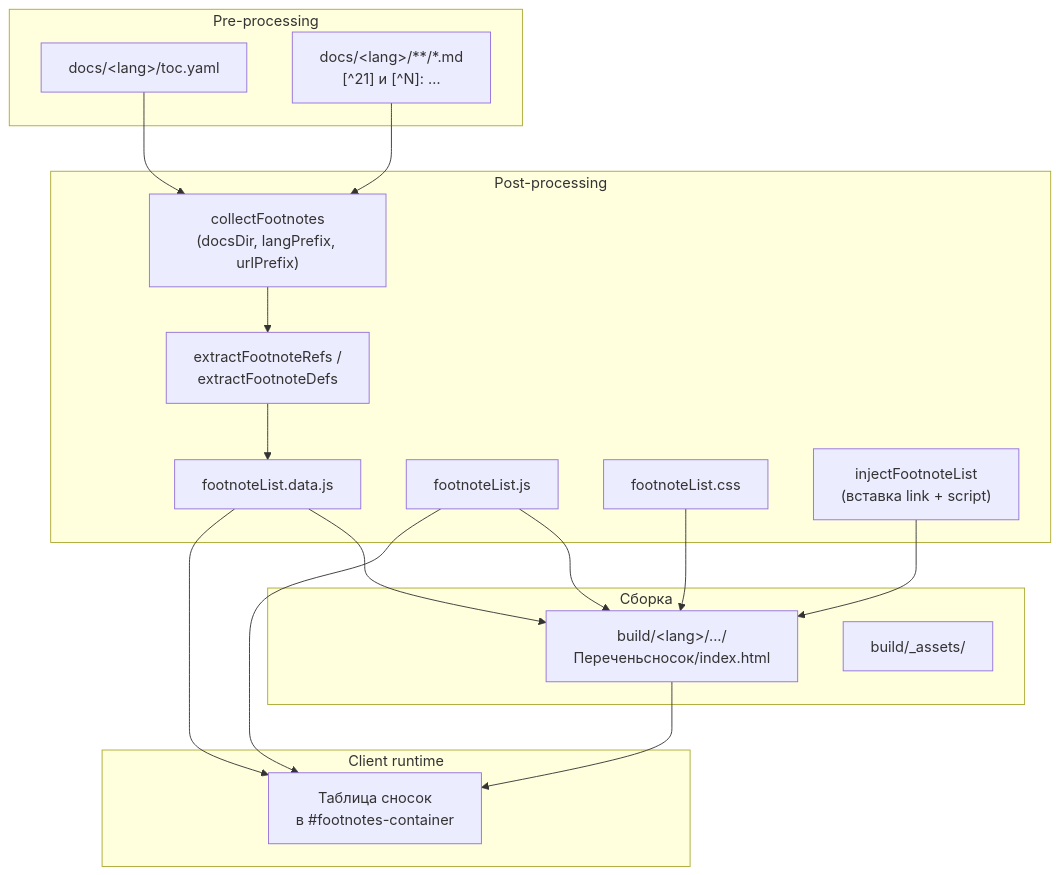
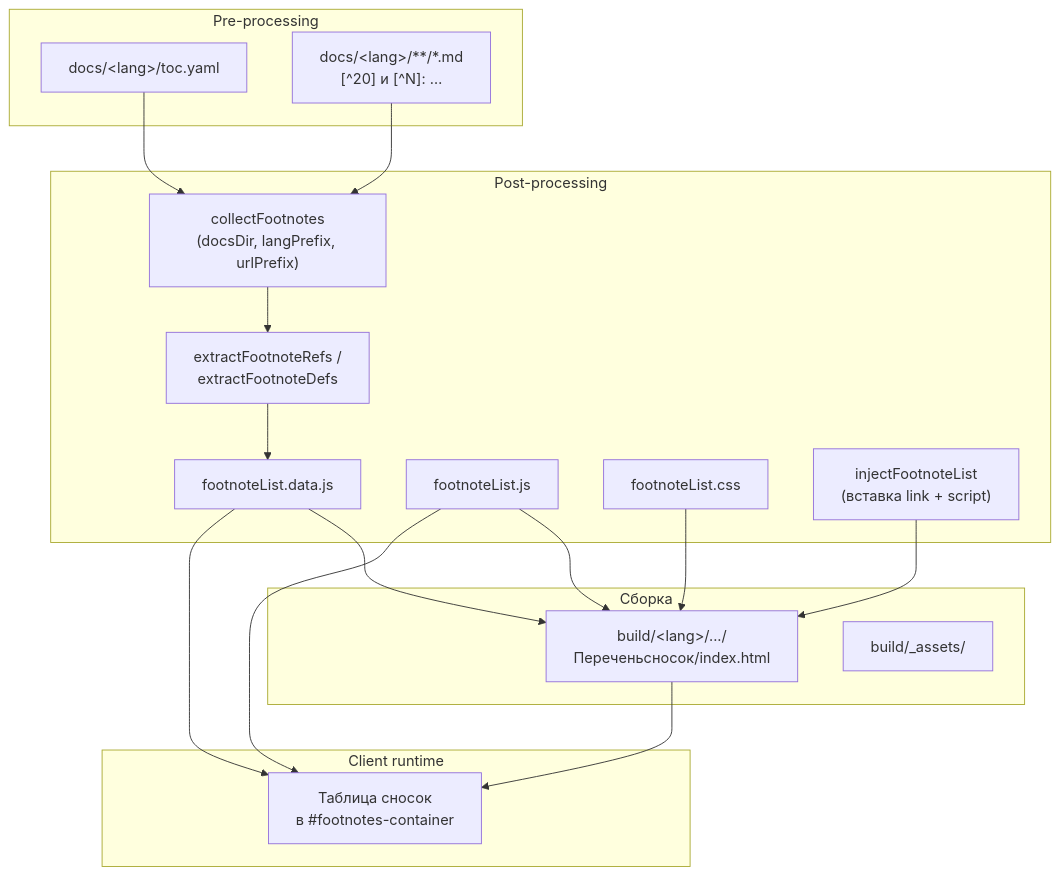
One commit to paulyeshchyk/diplodocHelper changed the first of 2 diagrams in docs/docs/ru/Модули/Реестр/МодульПереченьсносок/index.md. Above: the diagram before and after it, drawn with Mermaid. The commit also changed other lines of this file and 110 other files, not shown here.

````diff
--- a/docs/docs/ru/Модули/Реестр/МодульПереченьсносок/index.md
+++ b/docs/docs/ru/Модули/Реестр/МодульПереченьсносок/index.md
@@ -48,33 +48,33 @@
 ```mermaid
 flowchart TB
     subgraph pre[Pre-processing]
         TOC["docs/&lt;lang&gt;/toc.yaml"]
-        MD["docs/&lt;lang&gt;/**/*.md<br/>[^21] и [^N]: …"]
+        MD["docs/&lt;lang&gt;/**/*.md<br/>[^20] и [^N]: …"]
     end
     subgraph post[Post-processing]
         COL["collectFootnotes<br/>(docsDir, langPrefix, urlPrefix)"]
         EXTR["extractFootnoteRefs /<br/>extractFootnoteDefs"]
         DATA["footnoteList.data.js"]
         JS["footnoteList.js"]
         CSS["footnoteList.css"]
         INJ["injectFootnoteList<br/>(вставка link + script)"]
     end
     subgraph build[Сборка]
         HTML["build/&lt;lang&gt;/.../Переченьсносок/index.html"]
         BD["build/_assets/"]
     end
     subgraph client[Client runtime]
         TBL["Таблица сносок<br/>в #footnotes-container"]
     end
     TOC --> COL
     MD --> COL
     COL --> EXTR
     EXTR --> DATA
     DATA --> HTML
     JS --> HTML
     CSS --> HTML
     INJ --> HTML
     HTML --> TBL
     DATA --> TBL
     JS --> TBL
 ```
````
